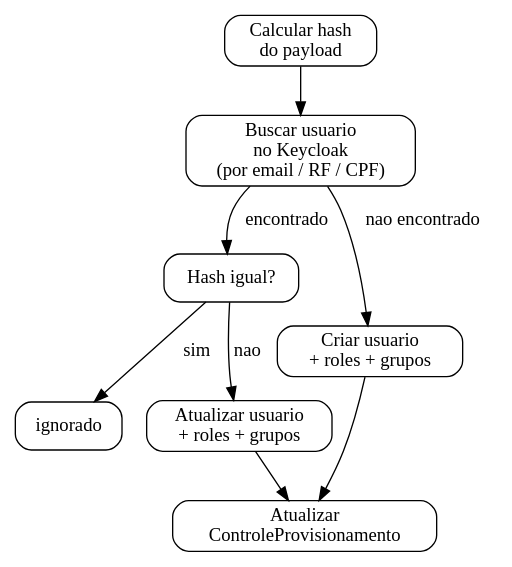
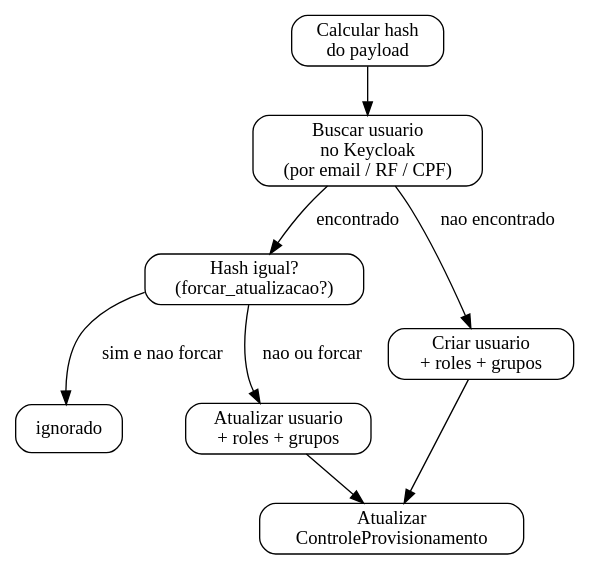
The diagram in docs/pipeline/keycloak.md (prefeiturasp/SME-Identidade-ETL), drawn with Graphviz before and after one commit. The commit also changed other lines of this file and 21 other files, not shown here.

````diff
--- a/docs/pipeline/keycloak.md
+++ b/docs/pipeline/keycloak.md
@@ -40,22 +59,22 @@
 ```{graphviz}
 digraph G {
     rankdir=TB;
     node [shape=box, style="rounded"];
 
     HASH  [label="Calcular hash\ndo payload"];
     BUSCA [label="Buscar usuario\nno Keycloak\n(por email / RF / CPF)"];
-    EQ    [label="Hash igual?"];
+    EQ    [label="Hash igual?\n(forcar_atualizacao?)"];
     IGN   [label="ignorado"];
     UPD   [label="Atualizar usuario\n+ roles + grupos"];
     CRT   [label="Criar usuario\n+ roles + grupos"];
     CTL   [label="Atualizar\nControleProvisionamento"];
 
     HASH -> BUSCA;
     BUSCA -> EQ   [label="encontrado"];
     BUSCA -> CRT  [label="nao encontrado"];
-    EQ    -> IGN  [label="sim"];
-    EQ    -> UPD  [label="nao"];
+    EQ    -> IGN  [label="sim e nao forcar"];
+    EQ    -> UPD  [label="nao ou forcar"];
     UPD   -> CTL;
     CRT   -> CTL;
 }
 ```
````
